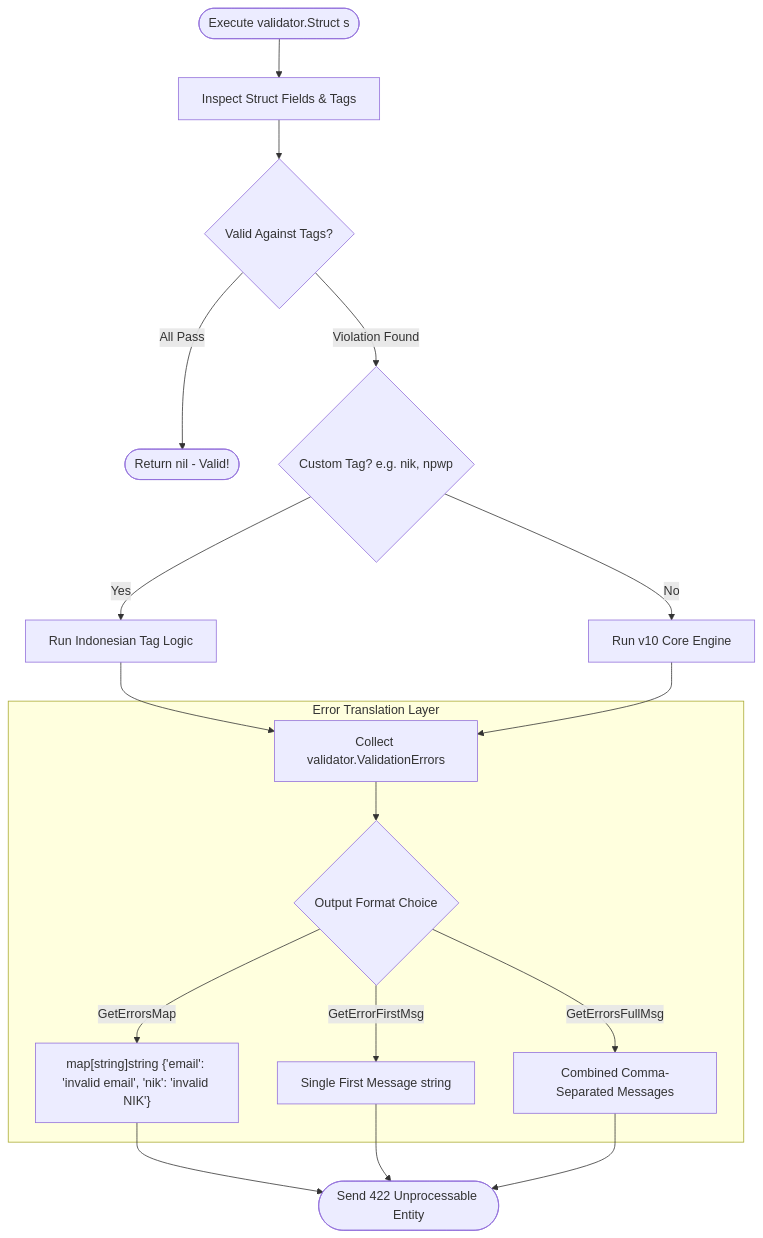
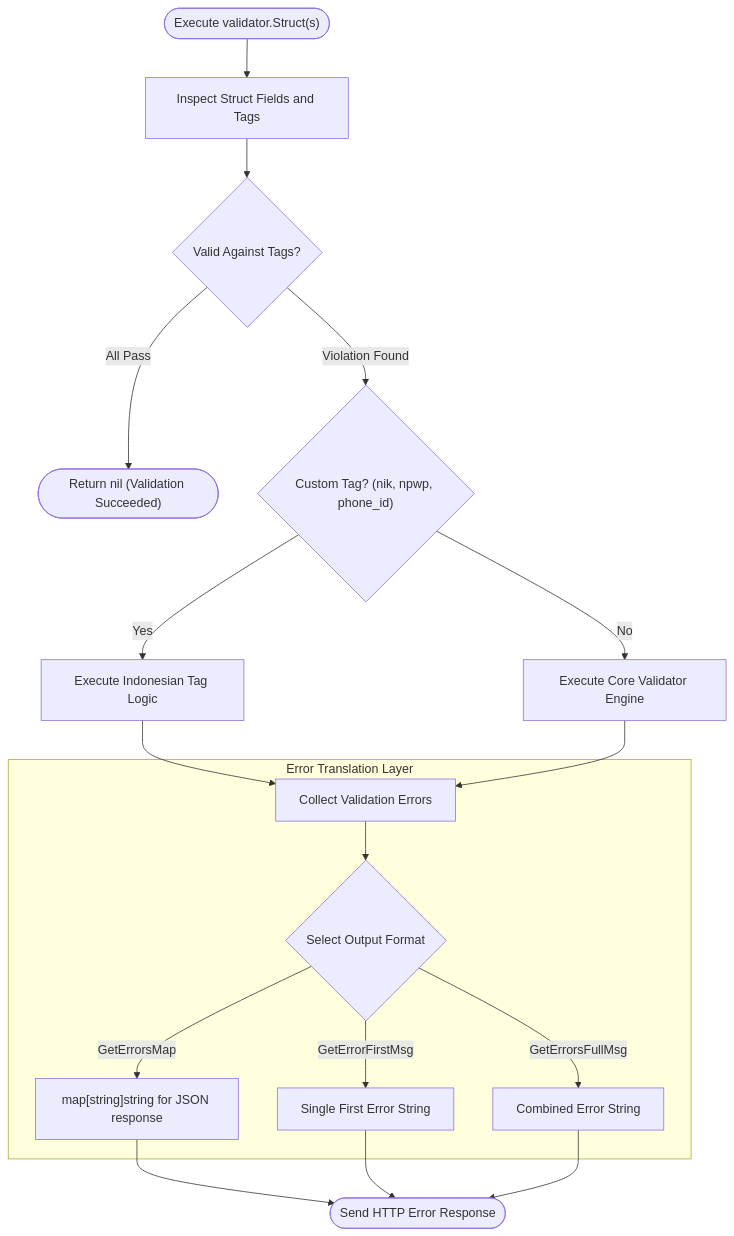
The diagram in validator/README.md (Jkenyut/nvx-go-helper), drawn with Mermaid before and after one commit. The commit also changed other lines of this file and 46 other files, not shown here.

````diff
--- a/validator/README.md
+++ b/validator/README.md
@@ -19,22 +9,22 @@
 ```mermaid
 flowchart TD
-    Start([Execute validator.Struct s]) --> InspectStruct[Inspect Struct Fields & Tags]
-    InspectStruct --> ValidateFields{Valid Against Tags?}
-    
-    ValidateFields -- All Pass --> ReturnNil([Return nil - Valid!])
-    ValidateFields -- Violation Found --> CheckCustomTags{Custom Tag? e.g. nik, npwp}
-    
-    CheckCustomTags -- Yes --> CustomEngine[Run Indonesian Tag Logic]
-    CheckCustomTags -- No --> DefaultEngine[Run v10 Core Engine]
-    
-    CustomEngine & DefaultEngine --> BuildErrors[Collect validator.ValidationErrors]
-    
+    Start(["Execute validator.Struct(s)"]) --> InspectStruct["Inspect Struct Fields and Tags"]
+    InspectStruct --> ValidateFields{"Valid Against Tags?"}
+
+    ValidateFields -- All Pass --> ReturnNil(["Return nil (Validation Succeeded)"])
+    ValidateFields -- Violation Found --> CheckCustomTags{"Custom Tag? (nik, npwp, phone_id)"}
+
+    CheckCustomTags -- Yes --> CustomEngine["Execute Indonesian Tag Logic"]
+    CheckCustomTags -- No --> DefaultEngine["Execute Core Validator Engine"]
+
+    CustomEngine & DefaultEngine --> BuildErrors["Collect Validation Errors"]
+
     subgraph ErrorFormatting ["Error Translation Layer"]
-        BuildErrors --> TranslateChoice{Output Format Choice}
-        TranslateChoice -- GetErrorsMap --> MapFmt["map[string]string {'email': 'invalid email', 'nik': 'invalid NIK'}"]
-        TranslateChoice -- GetErrorFirstMsg --> FirstFmt["Single First Message string"]
-        TranslateChoice -- GetErrorsFullMsg --> AllFmt["Combined Comma-Separated Messages"]
+        BuildErrors --> TranslateChoice{"Select Output Format"}
+        TranslateChoice -- GetErrorsMap --> MapFmt["map[string]string for JSON response"]
+        TranslateChoice -- GetErrorFirstMsg --> FirstFmt["Single First Error String"]
+        TranslateChoice -- GetErrorsFullMsg --> AllFmt["Combined Error String"]
     end
-    
-    MapFmt & FirstFmt & AllFmt --> ClientResponse([Send 422 Unprocessable Entity])
+
+    MapFmt & FirstFmt & AllFmt --> ClientResponse(["Send HTTP Error Response"])
 ```
````
